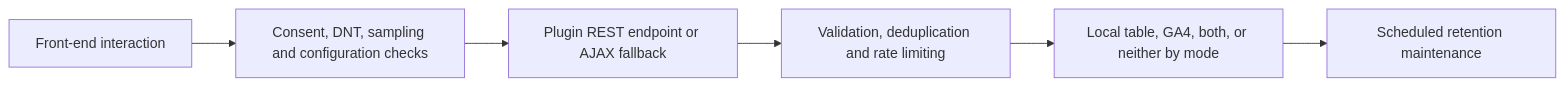
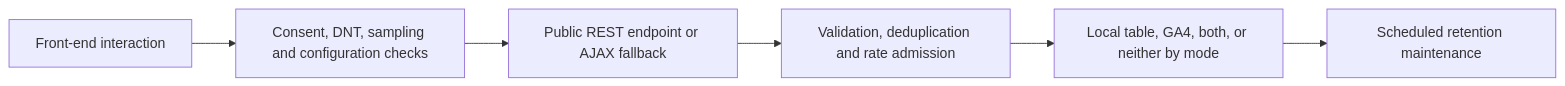
The fourth of 4 diagrams in docs/developer-guide.md (ROCSI-eu/WordPress-NMKR-Connect), drawn with Mermaid before and after one commit. The commit also changed other lines of this file, not shown here.

````diff
--- a/docs/developer-guide.md
+++ b/docs/developer-guide.md
@@ -100,8 +107,8 @@
 ```mermaid
 flowchart LR
     A[Front-end interaction] --> B[Consent, DNT, sampling and configuration checks]
-    B --> C[Plugin REST endpoint or AJAX fallback]
-    C --> D[Validation, deduplication and rate limiting]
+    B --> C[Public REST endpoint or AJAX fallback]
+    C --> D[Validation, deduplication and rate admission]
     D --> E[Local table, GA4, both, or neither by mode]
     E --> F[Scheduled retention maintenance]
 ```
````
